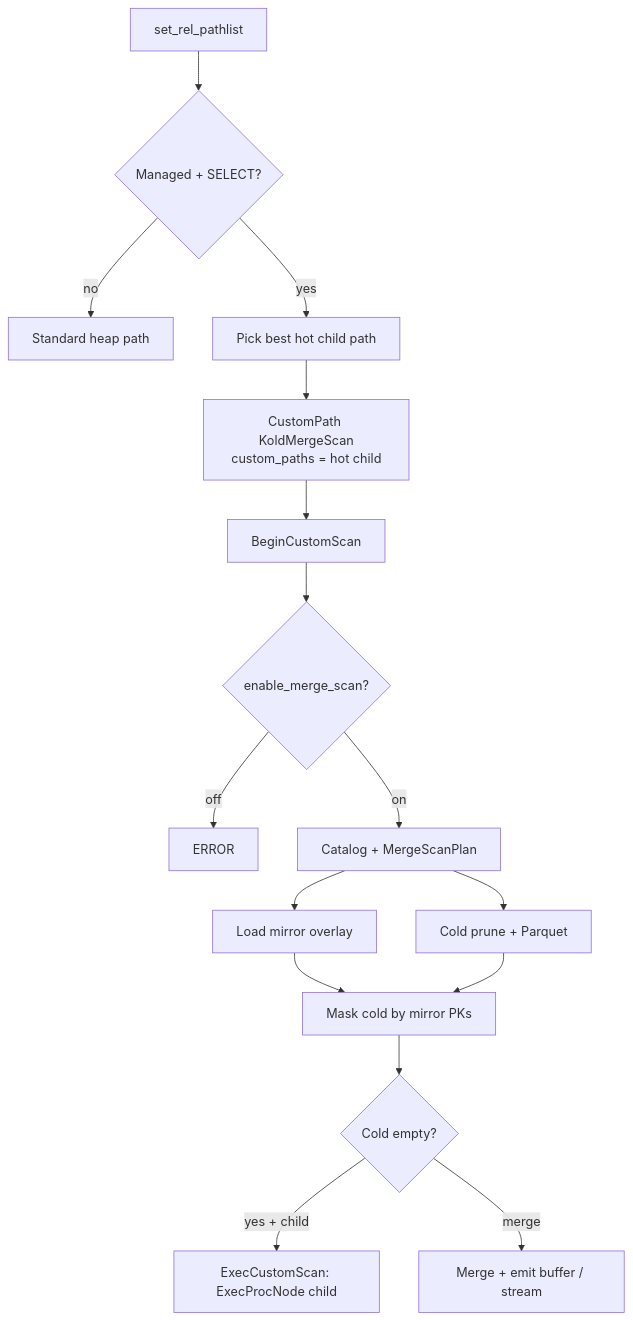
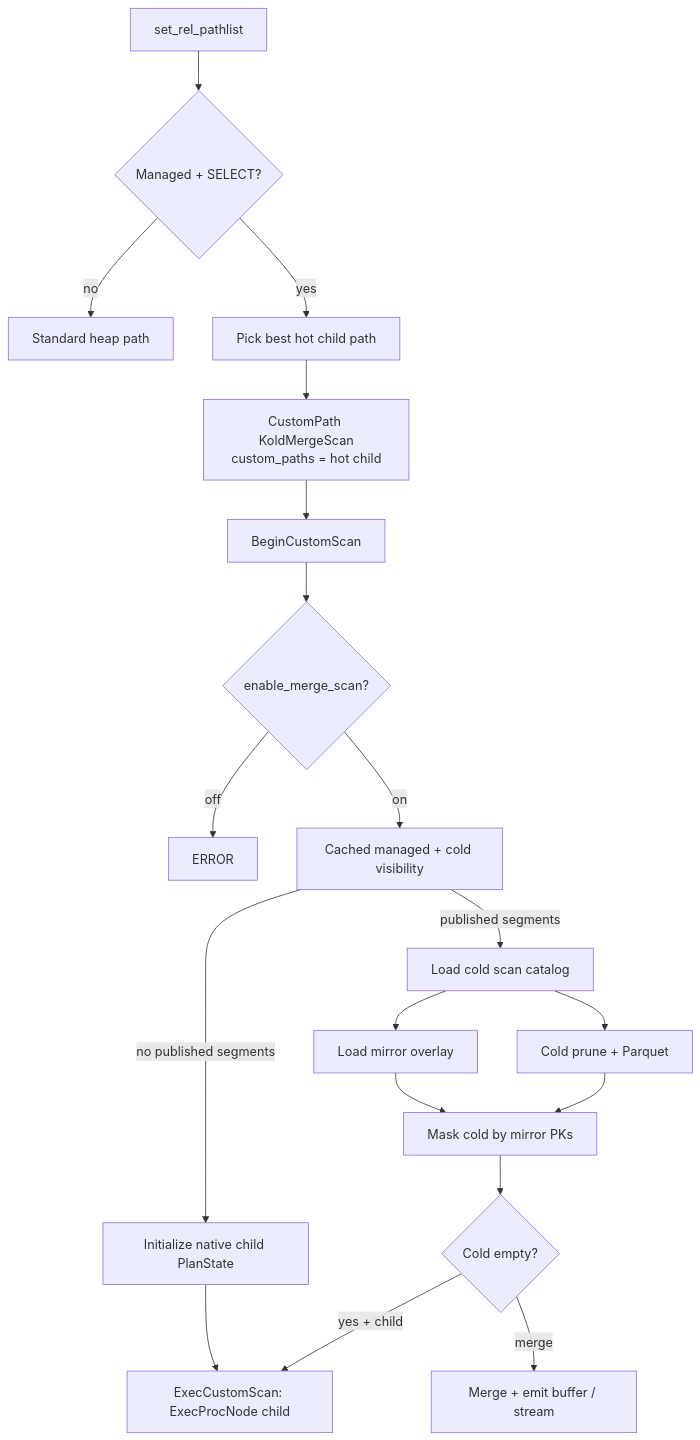
One commit to kalamdb/koldstore changed the diagram in docs/architecture/scanning-table.md. Above: the diagram before and after it, drawn with Mermaid. The commit also changed other lines of this file and 34 other files, not shown here.

Commit message:
Now schema management should be completed with ddls and the scan meger ready

````diff
--- a/docs/architecture/scanning-table.md
+++ b/docs/architecture/scanning-table.md
@@ -60,18 +60,21 @@
 ```mermaid
 flowchart TD
   Hook["set_rel_pathlist"] --> Gate{Managed + SELECT?}
   Gate -->|no| Heap[Standard heap path]
   Gate -->|yes| Child[Pick best hot child path]
   Child --> CP["CustomPath KoldMergeScan\ncustom_paths = hot child"]
   CP --> Begin["BeginCustomScan"]
   Begin --> Guc{enable_merge_scan?}
   Guc -->|off| Err[ERROR]
-  Guc -->|on| Cat[Catalog + MergeScanPlan]
+  Guc -->|on| Eligibility[Cached managed + cold visibility]
+  Eligibility -->|no published segments| InitChild[Initialize native child PlanState]
+  InitChild --> Stream
+  Eligibility -->|published segments| Cat[Load cold scan catalog]
   Cat --> Mirror[Load mirror overlay]
   Cat --> Cold[Cold prune + Parquet]
   Mirror --> Merge[Mask cold by mirror PKs]
   Cold --> Merge
   Merge --> HotOnly{Cold empty?}
   HotOnly -->|yes + child| Stream["ExecCustomScan: ExecProcNode child"]
   HotOnly -->|merge| Buf["Merge + emit buffer / stream"]
 ```
````
